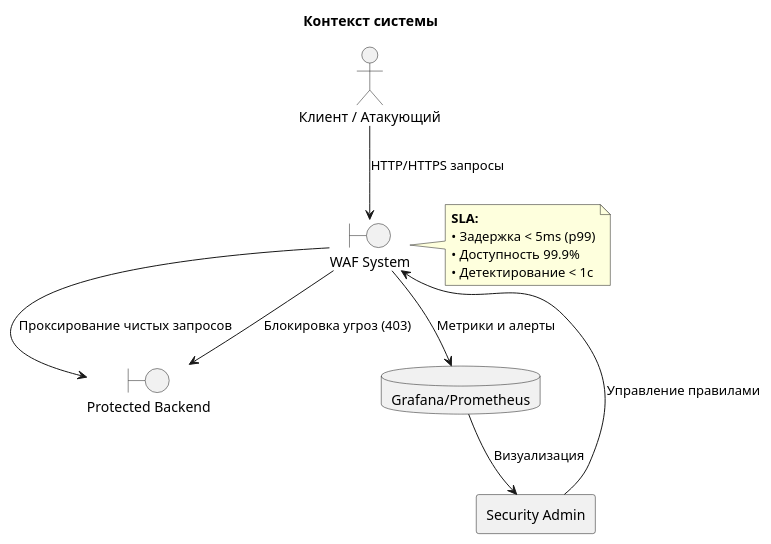
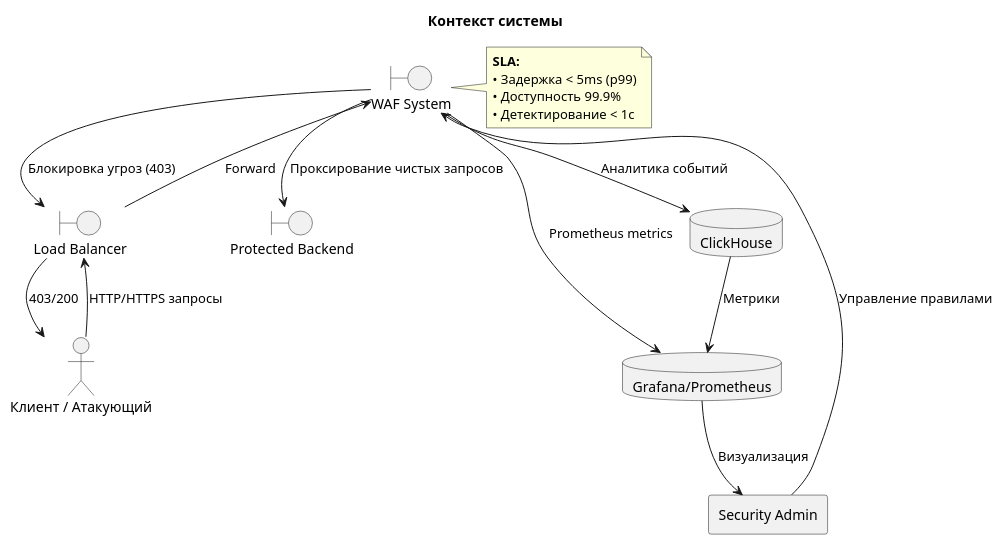
The first of 8 diagrams in design.md (Sasakin/WafWall), drawn with PlantUML before and after one commit. The commit also changed other lines of this file and 35 other files, not shown here.

````diff
--- a/design.md
+++ b/design.md
@@ -26,26 +26,32 @@
 ```plantuml
 @startuml Context
 title Контекст системы
 skinparam backgroundColor #FFFFFF
 
 actor "Клиент / Атакующий" as Client
+boundary "Load Balancer" as LB
 boundary "WAF System" as WAF_System
 boundary "Protected Backend" as Backend
 agent "Security Admin" as Admin
 database "Grafana/Prometheus" as Monitor
+database "ClickHouse" as CH
 
-Client --> WAF_System : HTTP/HTTPS запросы
+Client --> LB : HTTP/HTTPS запросы
+LB --> WAF_System : Forward
 WAF_System --> Backend : Проксирование чистых запросов
-WAF_System --> Backend : Блокировка угроз (403)
+WAF_System --> LB : Блокировка угроз (403)
+LB --> Client : 403/200
 Admin --> WAF_System : Управление правилами
-WAF_System --> Monitor : Метрики и алерты
+WAF_System --> CH : Аналитика событий
+CH --> Monitor : Метрики
+WAF_System --> Monitor : Prometheus metrics
 Monitor --> Admin : Визуализация
 
 note right of WAF_System
   **SLA:**
   • Задержка < 5ms (p99)
   • Доступность 99.9%
   • Детектирование < 1с
 end note
 @enduml
 ```
````
